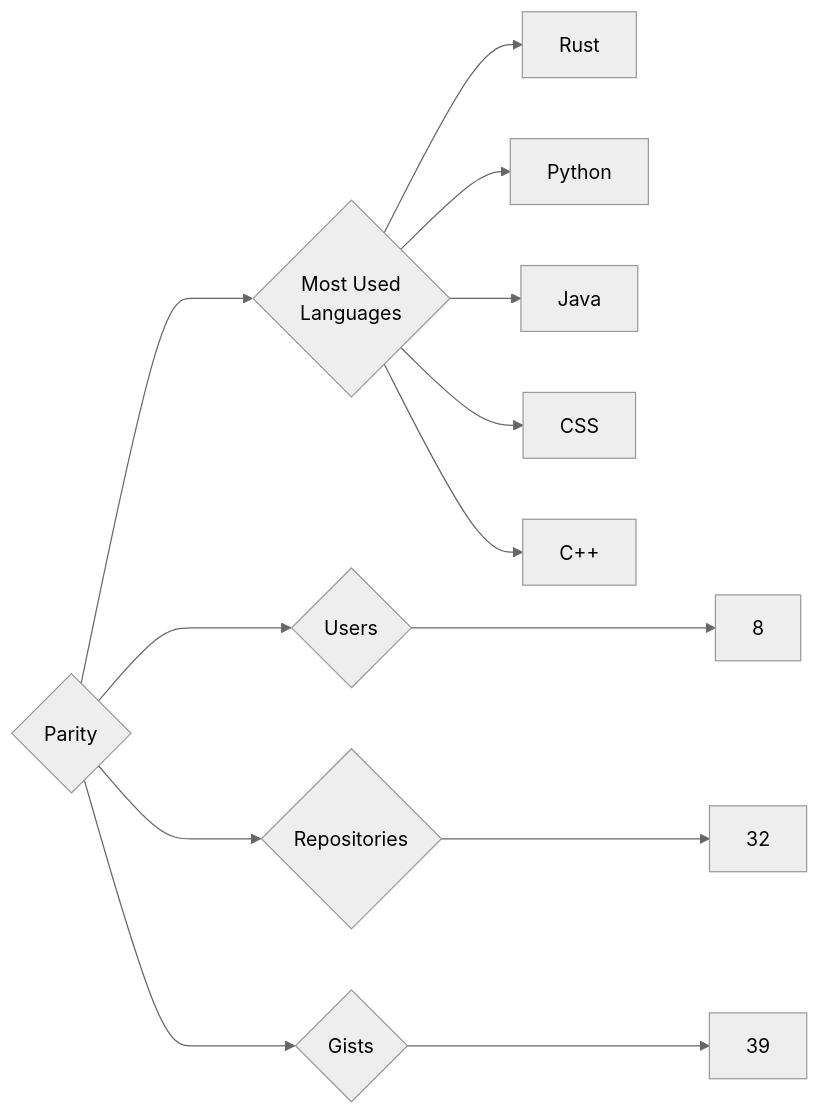
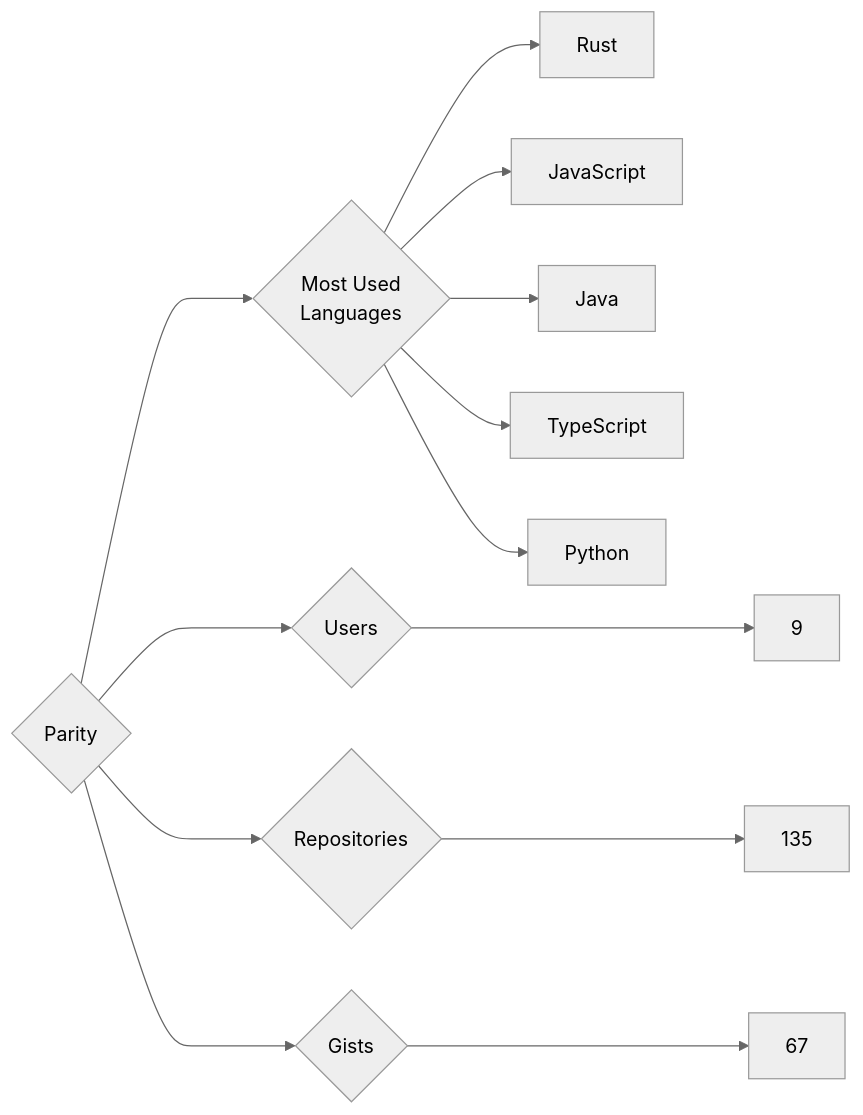
Before and after one commit to trickest/insiders: the diagram in targets/Parity/README.md, drawn with Mermaid (neutral theme). The commit also changed 969 other files, not shown here.

````diff
--- a/targets/Parity/README.md
+++ b/targets/Parity/README.md
@@ -3,13 +3,13 @@
 ```mermaid
 graph LR
 COMPANY_NAME{Parity}
-COMPANY_NAME ---> U{Users} ---> UN[8]
-COMPANY_NAME ---> R{Repositories} ---> RN[32]
-COMPANY_NAME ---> G{Gists} ---> GN[39]
+COMPANY_NAME ---> U{Users} ---> UN[9]
+COMPANY_NAME ---> R{Repositories} ---> RN[135]
+COMPANY_NAME ---> G{Gists} ---> GN[67]
 COMPANY_NAME ---> ML{Most Used<br>Languages}
 ML --> Rust[Rust]
+ML --> JavaScript[JavaScript]
+ML --> Java[Java]
+ML --> TypeScript[TypeScript]
 ML --> Python[Python]
-ML --> Java[Java]
-ML --> CSS[CSS]
-ML --> C++[C++]
 ```
````
